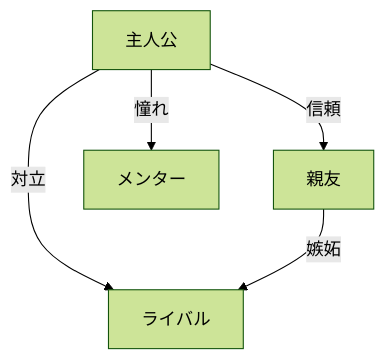
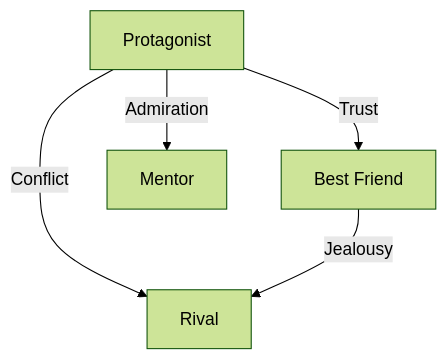
The diagram in resources/workflow.md (nwiizo/ai-story-forge), drawn with Mermaid (forest theme) before and after one commit. The commit also changed other lines of this file and 26 other files, not shown here.

````diff
--- a/resources/workflow.md
+++ b/resources/workflow.md
@@ -34,7 +34,7 @@
 ```mermaid
 graph TD
-    A[主人公] -->|信頼| B[親友]
-    A -->|対立| C[ライバル]
-    A -->|憧れ| D[メンター]
-    B -->|嫉妬| C
+    A[Protagonist] -->|Trust| B[Best Friend]
+    A -->|Conflict| C[Rival]
+    A -->|Admiration| D[Mentor]
+    B -->|Jealousy| C
 ```
````
